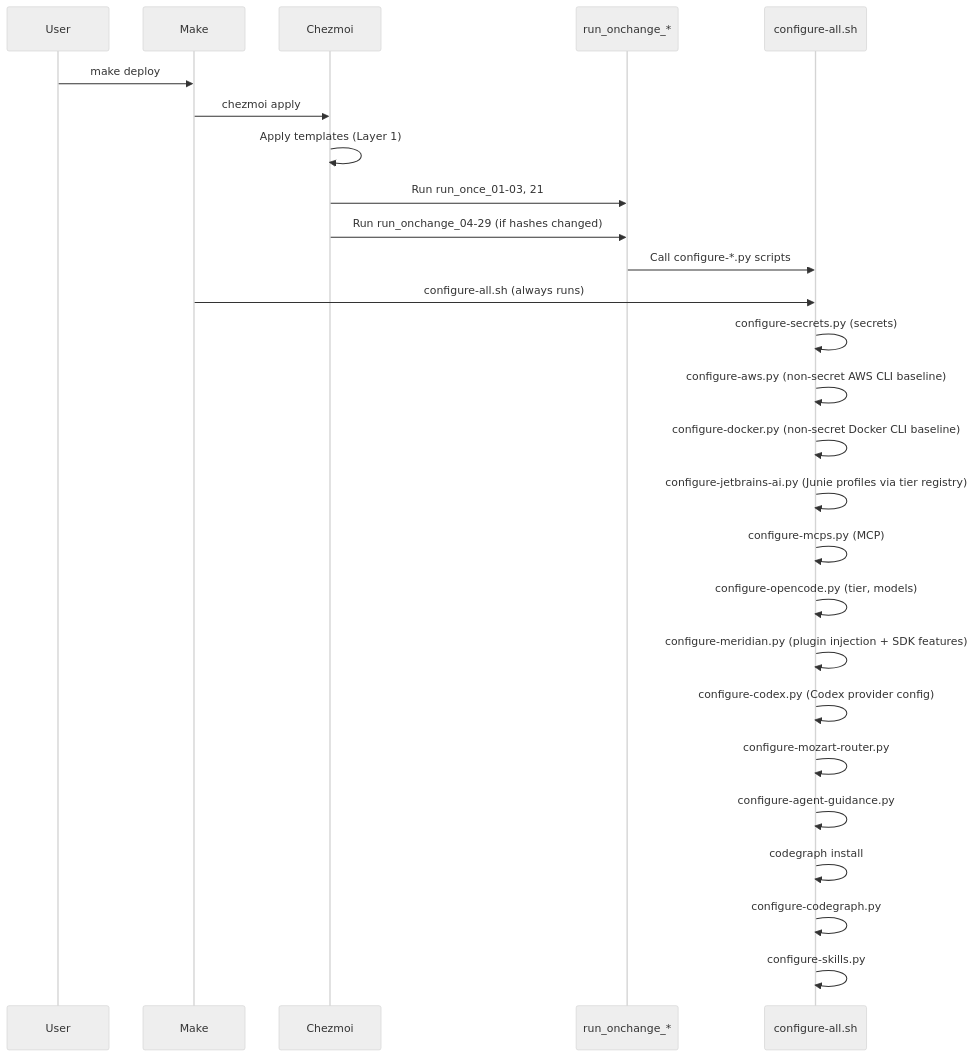
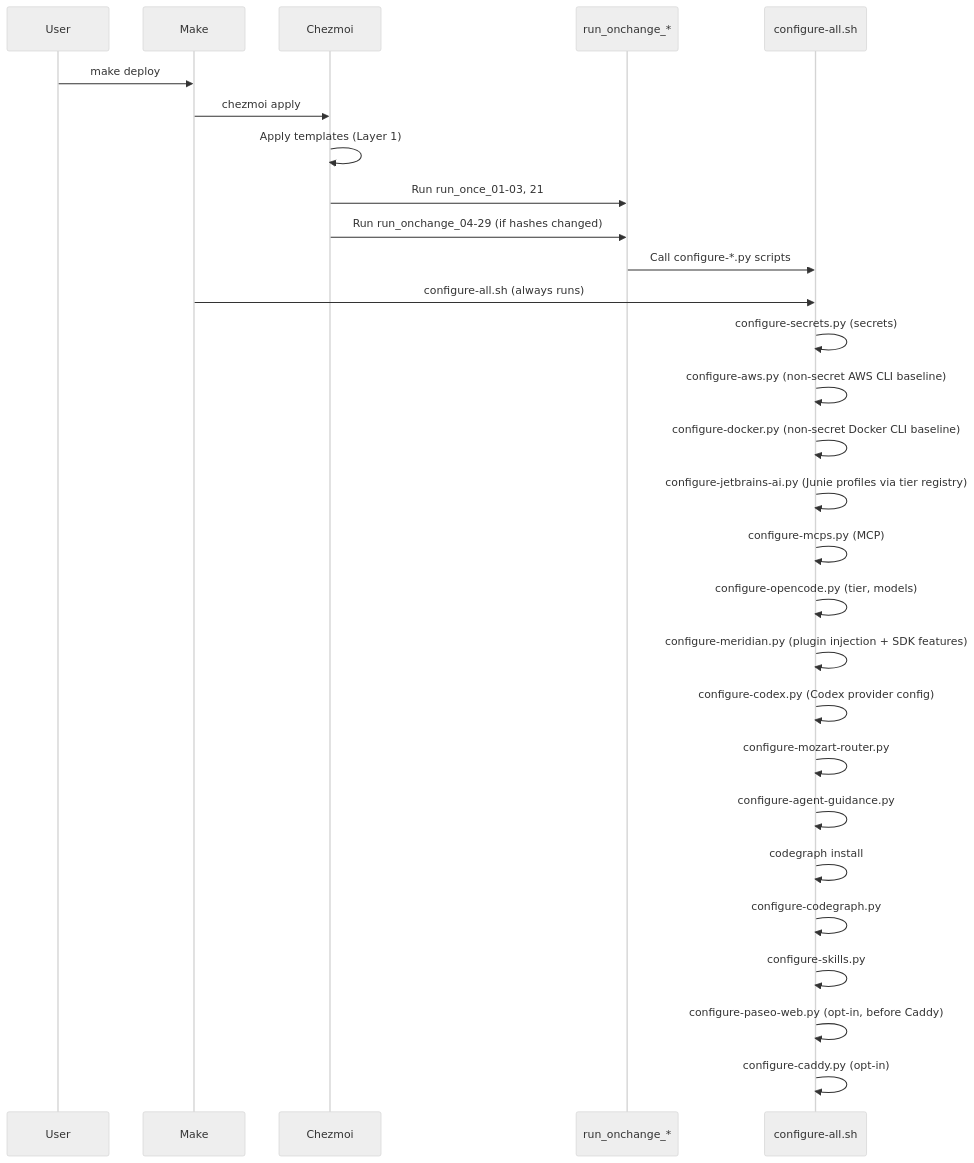
Before and after one commit to randytarampi/dotfiles: the second of 3 diagrams in docs/ORCHESTRATION.md, drawn with Mermaid (neutral theme). The commit also changed 21 other files, not shown here.

````diff
--- a/docs/ORCHESTRATION.md
+++ b/docs/ORCHESTRATION.md
@@ -91,29 +91,31 @@
 ```mermaid
 sequenceDiagram
     participant User
     participant Make
     participant Chezmoi
     participant Scripts as run_onchange_*
     participant Configure as configure-all.sh
 
     User->>Make: make deploy
     Make->>Chezmoi: chezmoi apply
     Chezmoi->>Chezmoi: Apply templates (Layer 1)
     Chezmoi->>Scripts: Run run_once_01-03, 21
     Chezmoi->>Scripts: Run run_onchange_04-29 (if hashes changed)
     Scripts->>Configure: Call configure-*.py scripts
     Make->>Configure: configure-all.sh (always runs)
     Configure->>Configure: configure-secrets.py (secrets)
     Configure->>Configure: configure-aws.py (non-secret AWS CLI baseline)
     Configure->>Configure: configure-docker.py (non-secret Docker CLI baseline)
     Configure->>Configure: configure-jetbrains-ai.py (Junie profiles via tier registry)
     Configure->>Configure: configure-mcps.py (MCP)
     Configure->>Configure: configure-opencode.py (tier, models)
     Configure->>Configure: configure-meridian.py (plugin injection + SDK features)
     Configure->>Configure: configure-codex.py (Codex provider config)
     Configure->>Configure: configure-mozart-router.py
     Configure->>Configure: configure-agent-guidance.py
     Configure->>Configure: codegraph install
     Configure->>Configure: configure-codegraph.py
     Configure->>Configure: configure-skills.py
+    Configure->>Configure: configure-paseo-web.py (opt-in, before Caddy)
+    Configure->>Configure: configure-caddy.py (opt-in)
 ```
````
